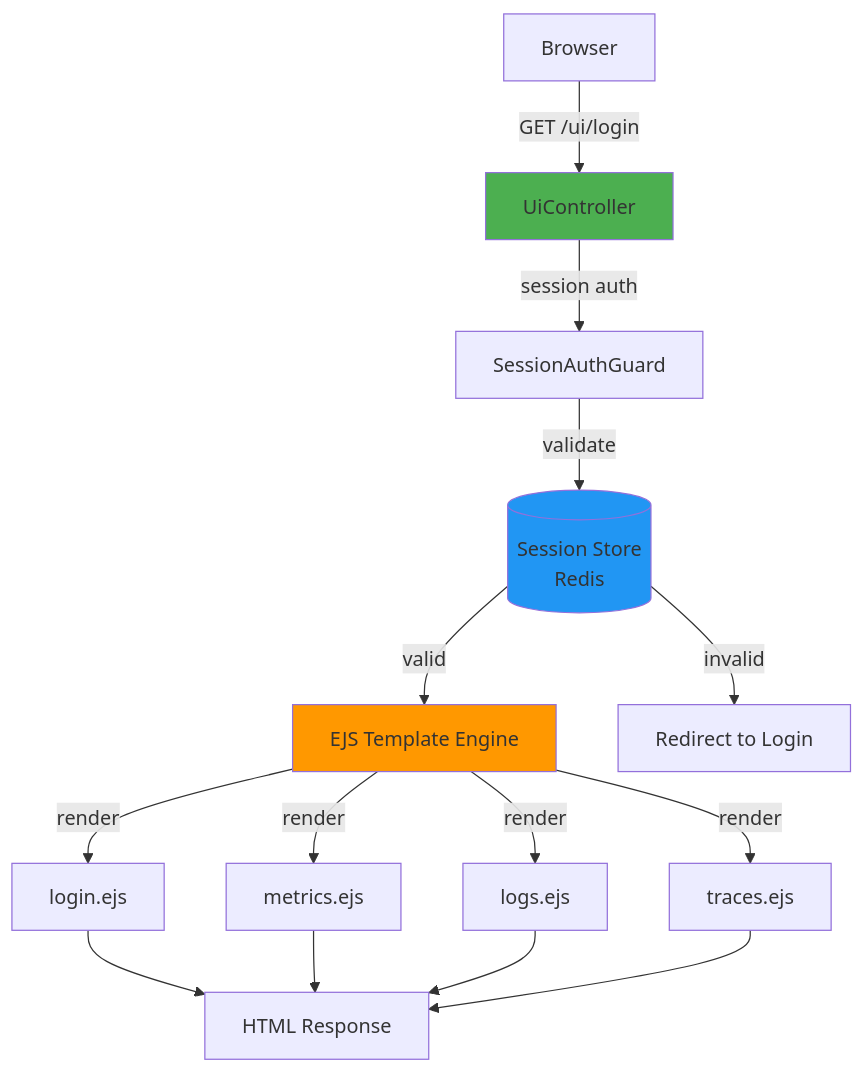
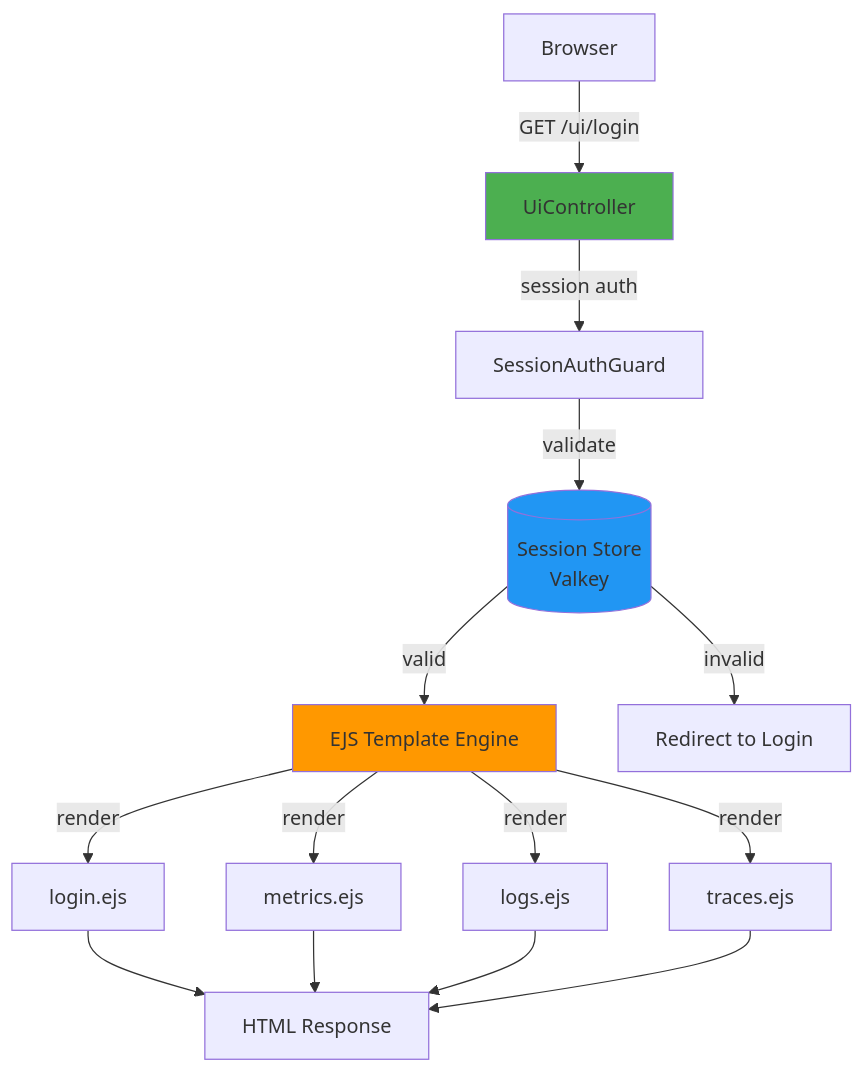
Before and after one commit to telemetryflow/telemetryflow-overview: the diagram in backend/shared/ui.md, drawn with Mermaid. The commit also changed other lines of this file and 23 other files, not shown here.

First line of the commit message:
docs: relabel Redis->Valkey in architecture/diagrams/prose (follow-up sweep)

````diff
--- a/backend/shared/ui.md
+++ b/backend/shared/ui.md
@@ -25,24 +25,24 @@
 ```mermaid
 graph TB
     BROWSER[Browser] -->|GET /ui/login| UI_CTRL[UiController]
 
     UI_CTRL -->|session auth| SESSION_GUARD[SessionAuthGuard]
-    SESSION_GUARD -->|validate| SESSION[(Session Store<br/>Redis)]
+    SESSION_GUARD -->|validate| SESSION[(Session Store<br/>Valkey)]
 
     SESSION -->|valid| EJS[EJS Template Engine]
     SESSION -->|invalid| REDIRECT[Redirect to Login]
 
     EJS -->|render| LOGIN[login.ejs]
     EJS -->|render| METRICS[metrics.ejs]
     EJS -->|render| LOGS[logs.ejs]
     EJS -->|render| TRACES[traces.ejs]
 
     LOGIN --> HTML[HTML Response]
     METRICS --> HTML
     LOGS --> HTML
     TRACES --> HTML
 
     style UI_CTRL fill:#4CAF50
     style EJS fill:#FF9800
     style SESSION fill:#2196F3
 ```
````
